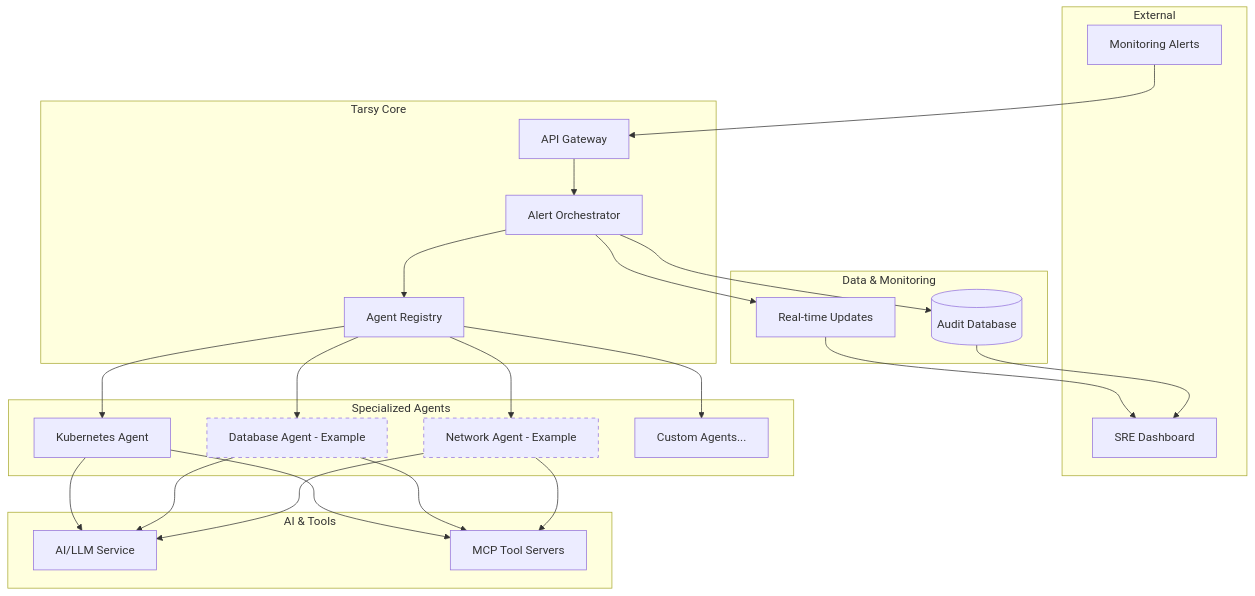
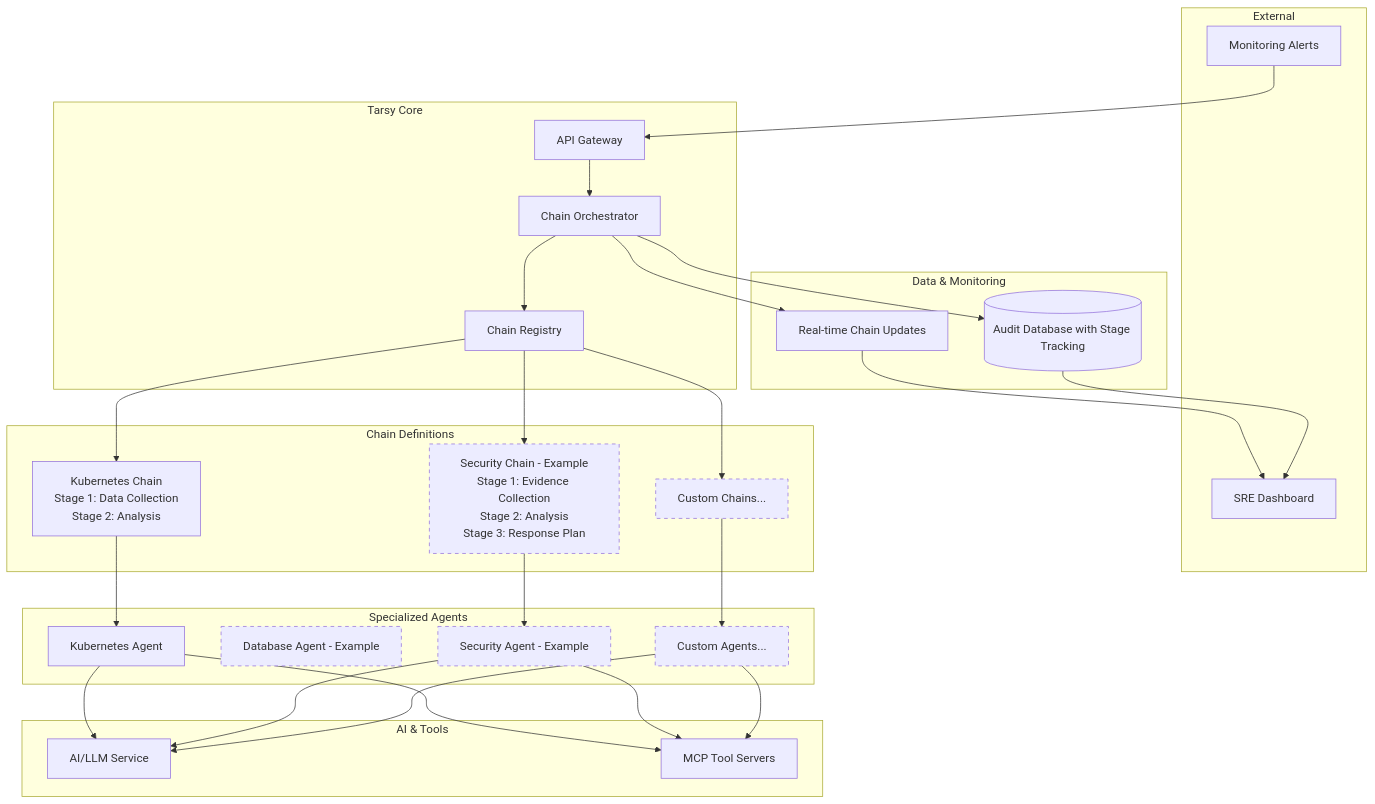
Before and after one commit to rsoaresd/tarsy-bot: the fourth of 4 diagrams in docs/architecture-overview.md, drawn with Mermaid. The commit also changed other lines of this file and 110 other files, not shown here.

Commit message:
EP-0008 (Phase 1): Sequential Agent Chains  (#23)

````diff
--- a/docs/architecture-overview.md
+++ b/docs/architecture-overview.md
@@ -107,53 +120,65 @@
 ```mermaid
 graph TB
     subgraph "External"
         Alerts[Monitoring Alerts]
         SRE[SRE Dashboard]
     end
     
     subgraph "Tarsy Core"
         API[API Gateway]
-        Orchestrator[Alert Orchestrator]
-        Registry[Agent Registry]
+        Orchestrator[Chain Orchestrator]
+        ChainRegistry[Chain Registry]
+    end
+    
+    subgraph "Chain Definitions"
+        Chain1[Kubernetes Chain<br/>Stage 1: Data Collection<br/>Stage 2: Analysis]
+        Chain2[Security Chain - Example<br/>Stage 1: Evidence Collection<br/>Stage 2: Analysis<br/>Stage 3: Response Plan]
+        Chain3[Custom Chains...]
     end
     
     subgraph "Specialized Agents"
         K8s[Kubernetes Agent]
         DB[Database Agent - Example]
-        Net[Network Agent - Example]
+        Security[Security Agent - Example]
         Custom[Custom Agents...]
     end
     
     subgraph "AI & Tools"
         LLM[AI/LLM Service]
         MCP[MCP Tool Servers]
     end
     
     subgraph "Data & Monitoring"
-        History[(Audit Database)]
-        WS[Real-time Updates]
+        History[(Audit Database with Stage Tracking)]
+        WS[Real-time Chain Updates]
     end
     
     Alerts --> API
     API --> Orchestrator
-    Orchestrator --> Registry
-    Registry --> K8s
-    Registry --> DB
-    Registry --> Net
-    Registry --> Custom
+    Orchestrator --> ChainRegistry
+    ChainRegistry --> Chain1
+    ChainRegistry --> Chain2
+    ChainRegistry --> Chain3
+    
+    Chain1 --> K8s
+    Chain2 --> Security
+    Chain3 --> Custom
     
     K8s --> LLM
     K8s --> MCP
-    DB --> LLM
-    DB --> MCP
-    Net --> LLM
-    Net --> MCP
+    Security --> LLM
+    Security --> MCP
+    Custom --> LLM
+    Custom --> MCP
     
     Orchestrator --> History
     Orchestrator --> WS
     WS --> SRE
     History --> SRE
     
+    style Chain2 stroke-dasharray: 5 5
+    style Chain3 stroke-dasharray: 5 5
     style DB stroke-dasharray: 5 5
-    style Net stroke-dasharray: 5 5
+    style Security stroke-dasharray: 5 5
+    style Custom stroke-dasharray: 5 5
 ```
````
